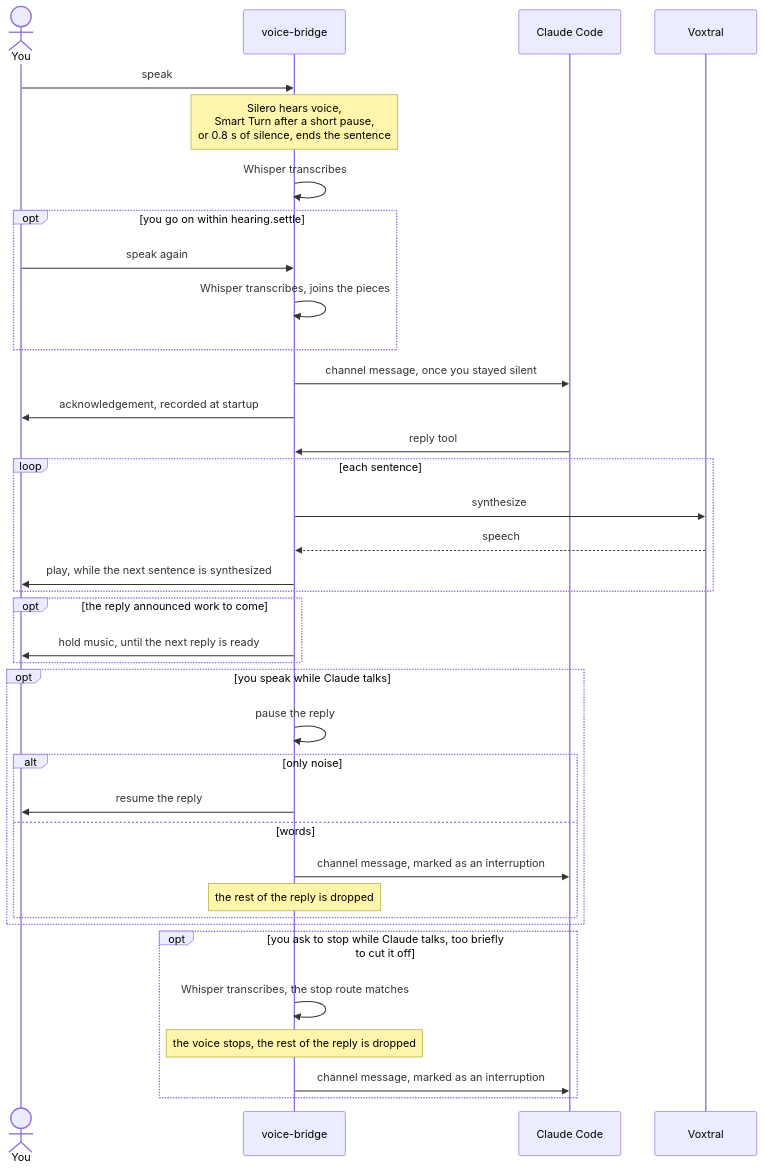
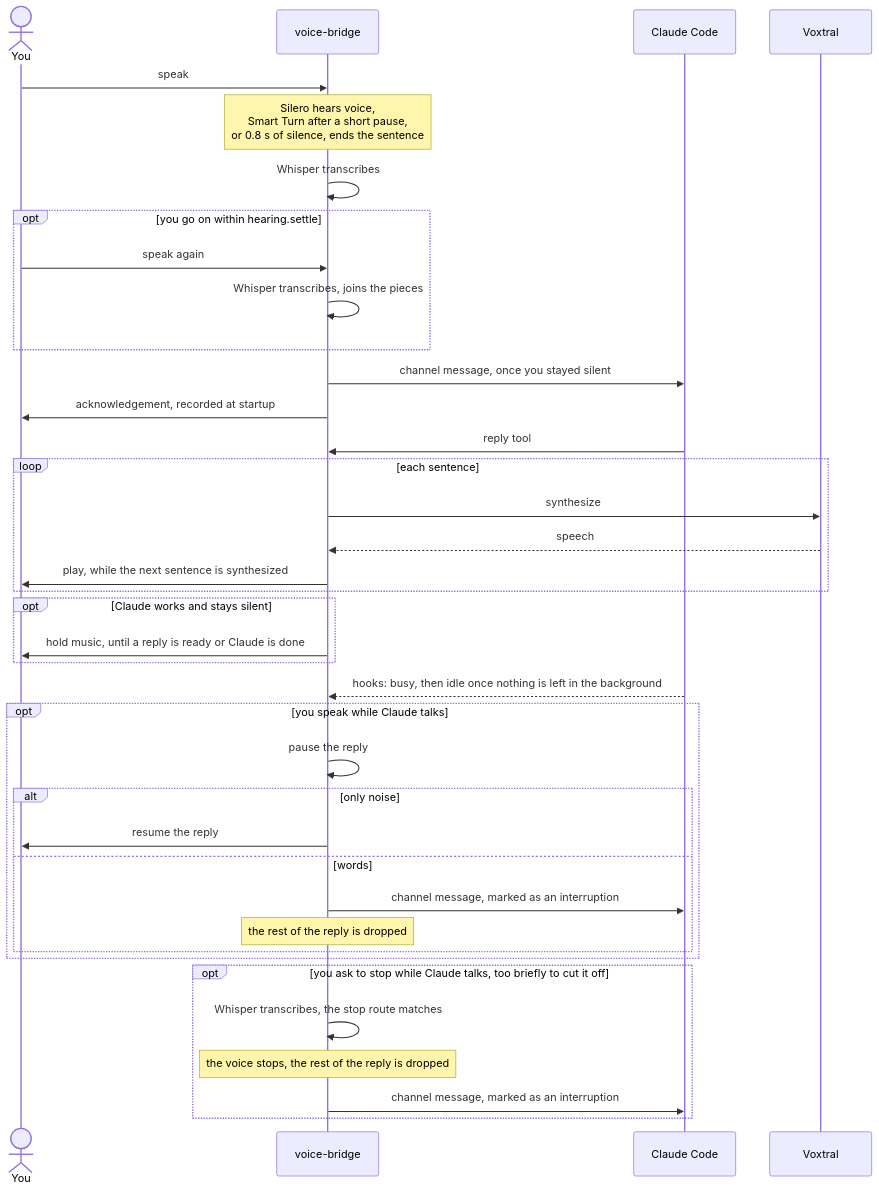
Before and after one commit to marc-gavanier/voice-bridge: the second of 3 diagrams in README.md, drawn with Mermaid. The commit also changed other lines of this file and 4 other files, not shown here.

First line of the commit message:
docs: record why Claude Code's hooks, not Claude, start the hold music

````diff
--- a/README.md
+++ b/README.md
@@ -45,40 +47,41 @@
 ```mermaid
 sequenceDiagram
     actor you as You
     participant bridge as voice-bridge
     participant claude as Claude Code
     participant voxtral as Voxtral
 
     you->>bridge: speak
     Note over bridge: Silero hears voice,<br/>Smart Turn after a short pause,<br/>or 0.8 s of silence, ends the sentence
     bridge->>bridge: Whisper transcribes
     opt you go on within hearing.settle
         you->>bridge: speak again
         bridge->>bridge: Whisper transcribes, joins the pieces
     end
     bridge->>claude: channel message, once you stayed silent
     bridge->>you: acknowledgement, recorded at startup
     claude->>bridge: reply tool
     loop each sentence
         bridge->>voxtral: synthesize
         voxtral-->>bridge: speech
         bridge->>you: play, while the next sentence is synthesized
     end
-    opt the reply announced work to come
-        bridge->>you: hold music, until the next reply is ready
+    opt Claude works and stays silent
+        bridge->>you: hold music, until a reply is ready or Claude is done
     end
+    claude-->>bridge: hooks: busy, then idle once nothing is left in the background
     opt you speak while Claude talks
         bridge->>bridge: pause the reply
         alt only noise
             bridge->>you: resume the reply
         else words
             bridge->>claude: channel message, marked as an interruption
             Note over bridge: the rest of the reply is dropped
         end
     end
     opt you ask to stop while Claude talks, too briefly to cut it off
         bridge->>bridge: Whisper transcribes, the stop route matches
         Note over bridge: the voice stops, the rest of the reply is dropped
         bridge->>claude: channel message, marked as an interruption
     end
 ```
````
